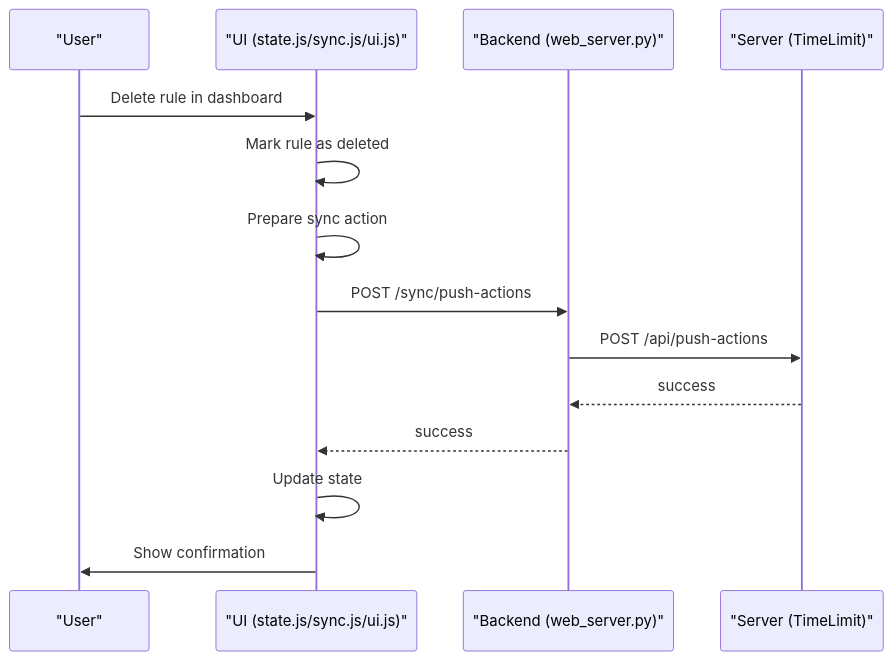
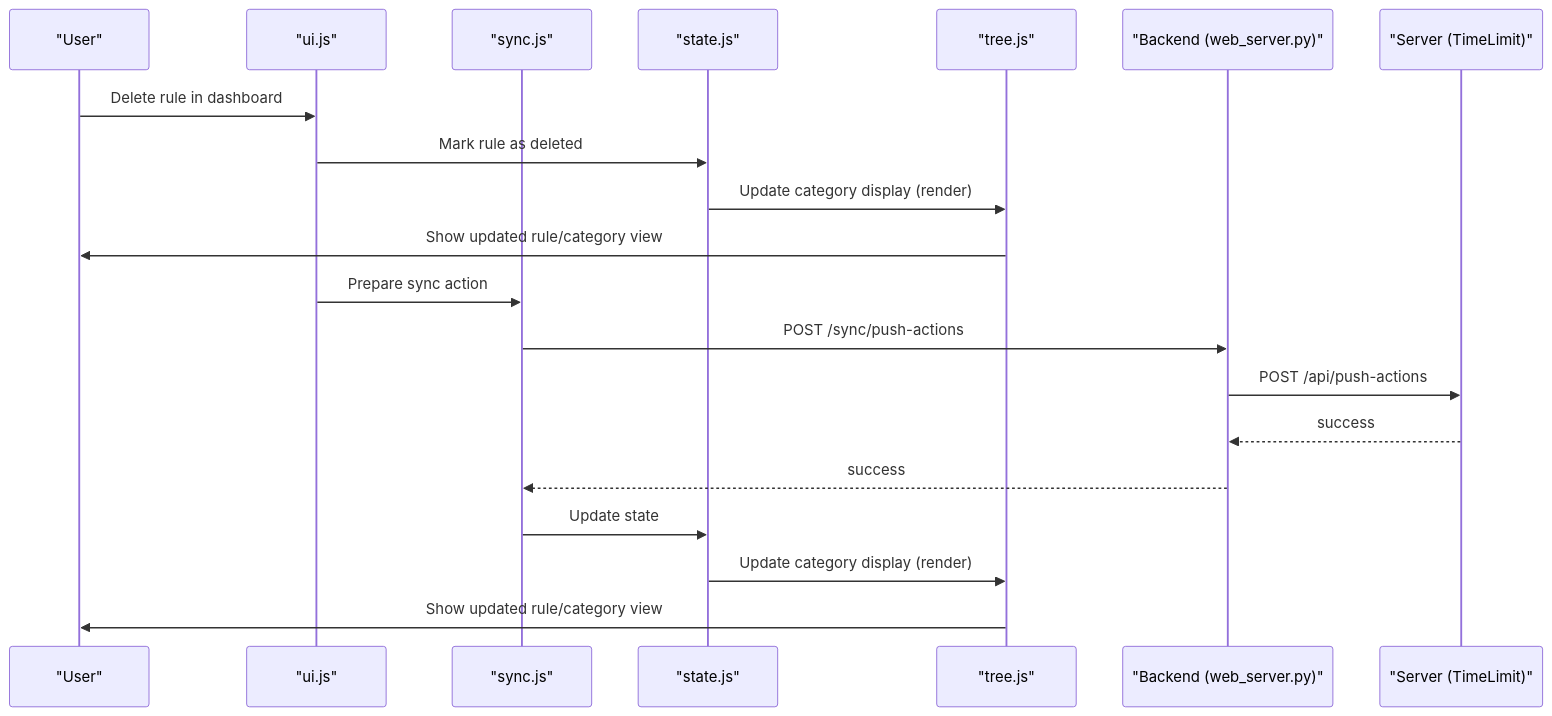
One commit to JeroenLind/timelimit-ui changed the fifth of 7 diagrams in timelimit-ui/DESIGN.md. Above: the diagram before and after it, drawn with Mermaid. The commit also changed other lines of this file, not shown here.

````diff
--- a/timelimit-ui/DESIGN.md
+++ b/timelimit-ui/DESIGN.md
@@ -199,16 +226,22 @@
 ```mermaid
 sequenceDiagram
   participant usr as "User"
-  participant ui as "UI (state.js/sync.js/ui.js)"
+  participant ui as "ui.js"
+  participant sync as "sync.js"
+  participant state as "state.js"
+  participant tree as "tree.js"
   participant be as "Backend (web_server.py)"
   participant srv as "Server (TimeLimit)"
   usr->>ui: Delete rule in dashboard
-  ui->>ui: Mark rule as deleted
-  ui->>ui: Prepare sync action
-  ui->>be: POST /sync/push-actions
+  ui->>state: Mark rule as deleted
+  state->>tree: Update category display (render)
+  tree->>usr: Show updated rule/category view
+  ui->>sync: Prepare sync action
+  sync->>be: POST /sync/push-actions
   be->>srv: POST /api/push-actions
   srv-->>be: success
-  be-->>ui: success
-  ui->>ui: Update state
-  ui->>usr: Show confirmation
+  be-->>sync: success
+  sync->>state: Update state
+  state->>tree: Update category display (render)
+  tree->>usr: Show updated rule/category view
 ```
````
